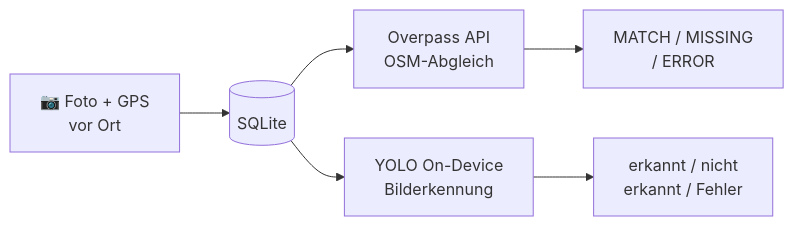
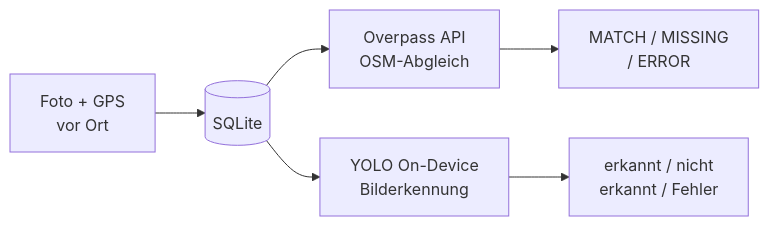
The diagram in README.md (Gianni-BIM/Briefk-sten_YOLO), drawn with Mermaid before and after one commit.

````diff
--- a/README.md
+++ b/README.md
@@ -10,8 +10,8 @@
 ```mermaid
 flowchart LR
-    A["📷 Foto + GPS<br/>vor Ort"] --> B[("SQLite")]
+    A["Foto + GPS<br/>vor Ort"] --> B[("SQLite")]
     B --> C["Overpass API<br/>OSM-Abgleich"]
     B --> D["YOLO On-Device<br/>Bilderkennung"]
     C --> E["MATCH / MISSING<br/>/ ERROR"]
     D --> F["erkannt / nicht<br/>erkannt / Fehler"]
 ```
````
